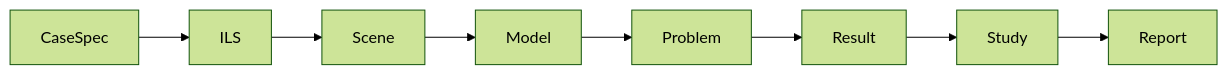
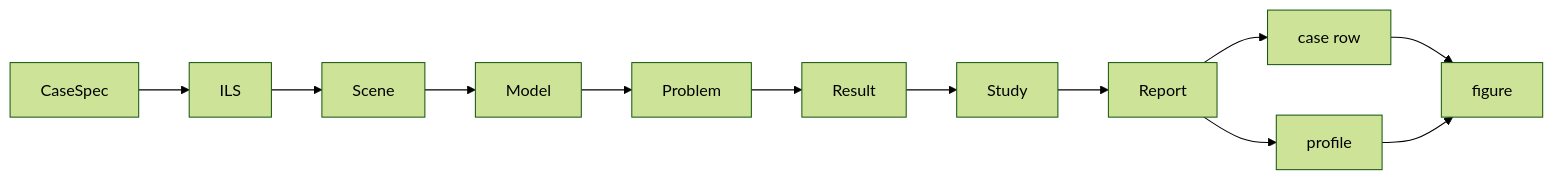
One commit to sreekx007/Slay-Overbend-analysis-program.-Version-1.5 changed the diagram in docs/SLAY_BUILD_INSTRUCTION.md. Above: the diagram before and after it, drawn with Mermaid (forest theme). The commit also changed other lines of this file and 14 other files, not shown here.

````diff
--- a/docs/SLAY_BUILD_INSTRUCTION.md
+++ b/docs/SLAY_BUILD_INSTRUCTION.md
@@ -55,10 +55,14 @@
 ```mermaid
 flowchart LR
     CS[CaseSpec] --> ILS[ILS]
     ILS --> SC[Scene]
     SC --> MD[Model]
     MD --> PR[Problem]
     PR --> RS[Result]
     RS --> ST[Study]
     ST --> RP[Report]
+    RP --> CR[case row]
+    RP --> PF[profile]
+    CR --> FIG[figure]
+    PF --> FIG
 ```
````
